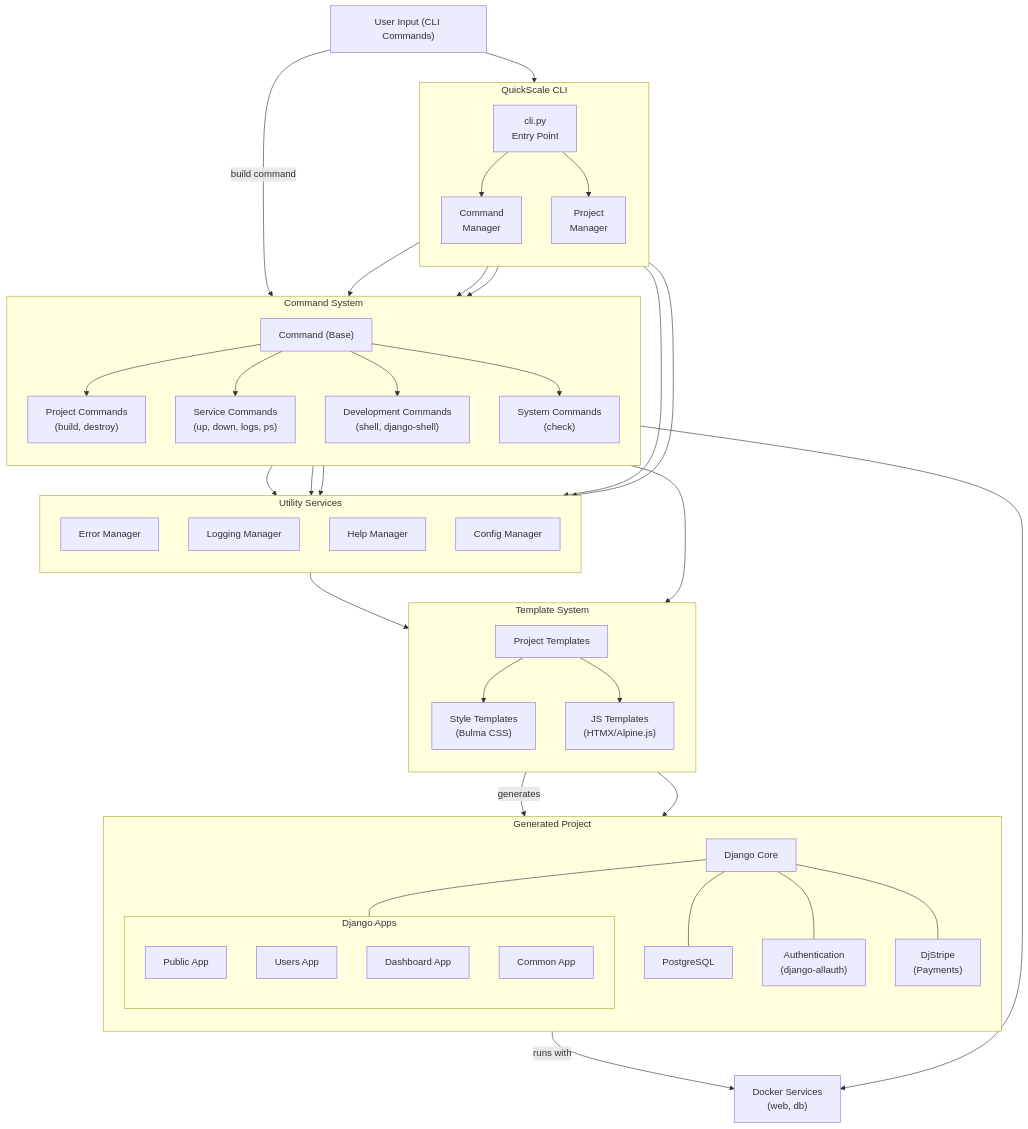
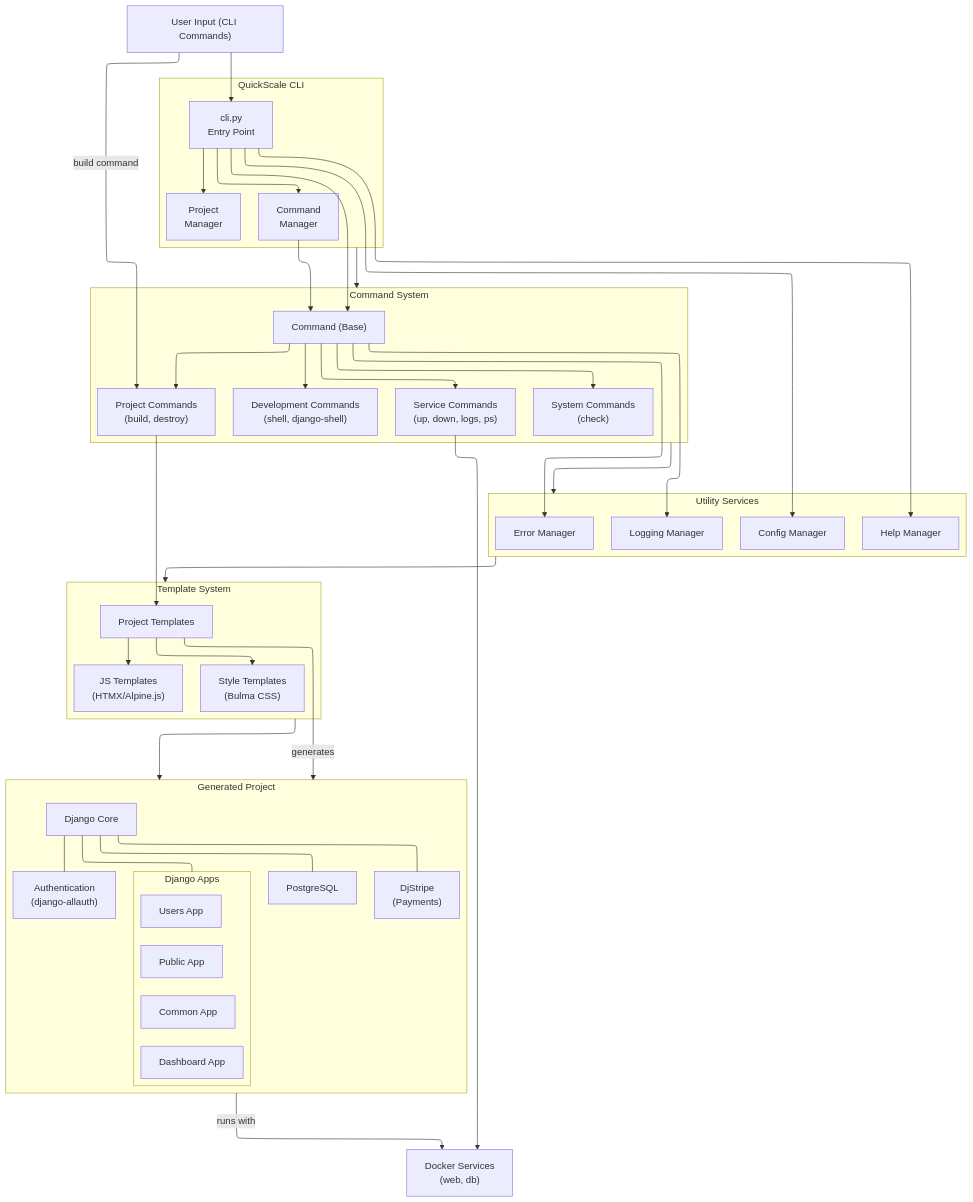
The first of 7 diagrams in TECHNICAL_DOCS.md (Experto-AI/quickscale), drawn with Mermaid before and after one commit. The commit also changed other lines of this file and 1 other file, not shown here.

Commit message:
Updated mermaid diagrams for better visualization

````diff
--- a/TECHNICAL_DOCS.md
+++ b/TECHNICAL_DOCS.md
@@ -79,81 +79,62 @@
 ```mermaid
+---
+config:
+  layout: elk
+---
 flowchart TD
-    %% Main user flow
-    user_input["User Input (CLI Commands)"] --> cli
-
-    %% Core CLI component
-    subgraph CLI["QuickScale CLI"]
-        direction TB
-        cli["cli.py<br/>Entry Point"] --> command_manager["Command<br/>Manager"]
-        cli --> project_manager["Project<br/>Manager"]
-    end
-
-    %% Connect CLI to next layer
-    user_input --> |build command| project_commands
-    cli --> command_base
-    command_manager --> command_base
-
-    %% Commands structure - vertical with expanded width
-    subgraph Commands["Command System"]
-        direction TB
+ subgraph CLI["QuickScale CLI"]
+    direction TB
+        command_manager["Command<br>Manager"]
+        cli["cli.py<br>Entry Point"]
+        project_manager["Project<br>Manager"]
+  end
+ subgraph Commands["Command System"]
+    direction TB
         command_base["Command (Base)"]
-        command_base --> project_commands["Project Commands<br/>(build, destroy)"]
-        command_base --> service_commands["Service Commands<br/>(up, down, logs, ps)"]
-        command_base --> dev_commands["Development Commands<br/>(shell, django-shell)"]
-        command_base --> system_commands["System Commands<br/>(check)"]
-    end
-
-    %% Support services - now below CLI
-    subgraph Utilities["Utility Services"]
-        direction TB
+        project_commands["Project Commands<br>(build, destroy)"]
+        service_commands["Service Commands<br>(up, down, logs, ps)"]
+        dev_commands["Development Commands<br>(shell, django-shell)"]
+        system_commands["System Commands<br>(check)"]
+  end
+ subgraph Utilities["Utility Services"]
+    direction TB
         error_manager["Error Manager"]
         logging_manager["Logging Manager"]
         help_manager["Help Manager"]
         config_manager["Config Manager"]
-    end
-
-    %% Connect Commands to Utilities
-    command_base --> error_manager
-    command_base --> logging_manager
-    cli --> help_manager
-    cli --> config_manager
-    
-    %% Project generation flow
-    subgraph Templates["Template System"]
-        direction TB
+  end
+ subgraph Templates["Template System"]
+    direction TB
         templates["Project Templates"]
-        templates --> style_templates["Style Templates<br/>(Bulma CSS)"]
-        templates --> js_templates["JS Templates<br/>(HTMX/Alpine.js)"]
-    end
-
-    %% Connect Commands to Templates
+        style_templates["Style Templates<br>(Bulma CSS)"]
+        js_templates["JS Templates<br>(HTMX/Alpine.js)"]
+  end
+ subgraph Apps["Django Apps"]
+    direction TB
+        public_app["Public App"]
+        users_app["Users App"]
+        dashboard_app["Dashboard App"]
+        common_app["Common App"]
+  end
+ subgraph Generated["Generated Project"]
+    direction TB
+        django_core["Django Core"]
+        database["PostgreSQL"]
+        auth["Authentication<br>(django-allauth)"]
+        djstripe["DjStripe<br>(Payments)"]
+        Apps
+  end
+    user_input["User Input (CLI Commands)"] --> cli
+    cli --> command_manager & project_manager & command_base & help_manager & config_manager
+    user_input -- build command --> project_commands
+    command_manager --> command_base
+    command_base --> project_commands & service_commands & dev_commands & system_commands & error_manager & logging_manager
+    templates --> style_templates & js_templates
     project_commands --> templates
-
-    %% Generated project structure
-    subgraph Generated["Generated Project"]
-        direction TB
-        django_core["Django Core"]
-        django_core --- database["PostgreSQL"]
-        django_core --- auth["Authentication<br/>(django-allauth)"]
-        django_core --- djstripe["DjStripe<br/>(Payments)"]
-        
-        subgraph Apps["Django Apps"]
-            direction TB
-            public_app["Public App"]
-            users_app["Users App"]
-            dashboard_app["Dashboard App"]
-            common_app["Common App"]
-        end
-        
-        django_core --- Apps
-    end
-
-    %% Connect Templates to Generated Project
-    templates --> |generates| Generated
-    Generated --> |runs with| docker["Docker Services<br/>(web, db)"]
+    django_core --- database & auth & djstripe & Apps
+    templates -- generates --> Generated
+    Generated -- runs with --> docker["Docker Services<br>(web, db)"]
     service_commands --> docker
-    
-    %% Vertical layout arrangement
     CLI --> Commands
     Commands --> Utilities
     Utilities --> Templates
````
